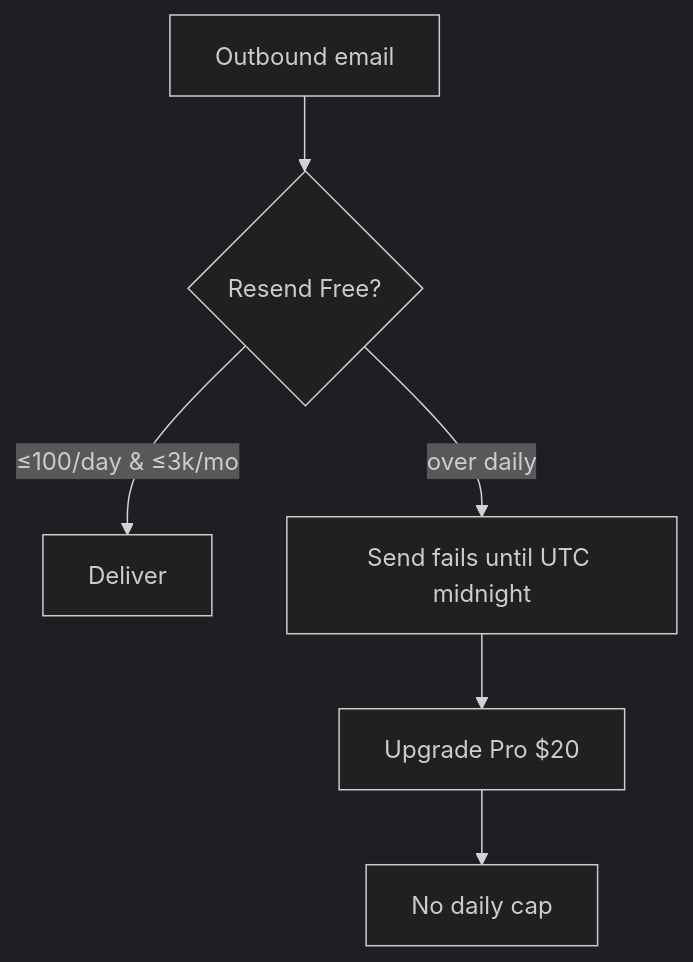
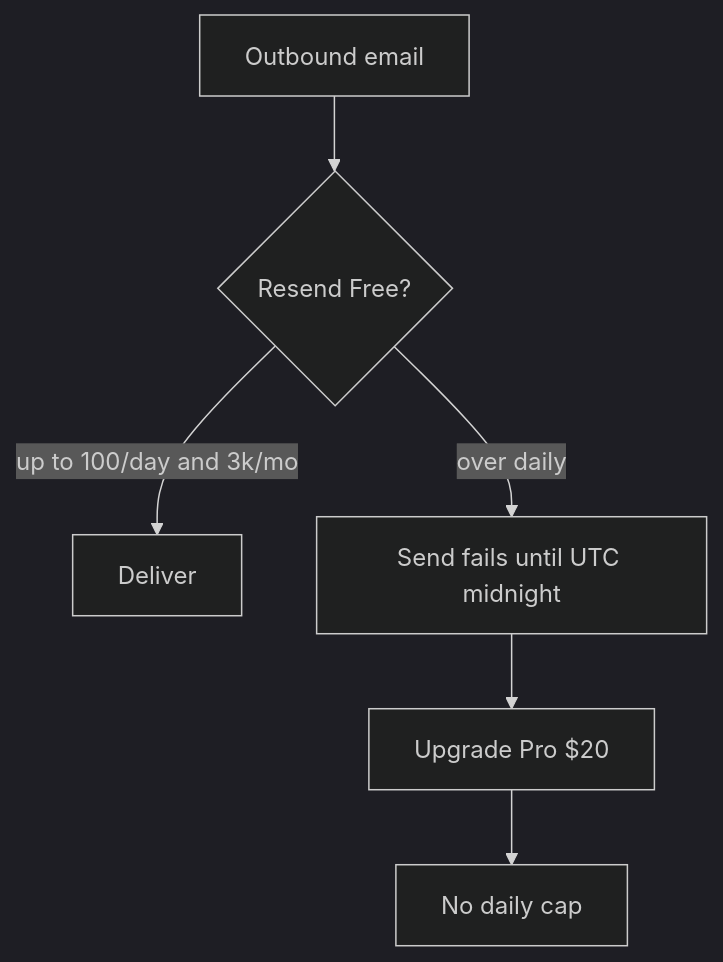
Before and after one commit to mosufyan/sufyan-portfolio: the fifth of 6 diagrams in docs/SECURITY_CONFIGURATION.md, drawn with Mermaid (dark theme). The commit also changed other lines of this file and 78 other files, not shown here.

````diff
--- a/docs/SECURITY_CONFIGURATION.md
+++ b/docs/SECURITY_CONFIGURATION.md
@@ -242,8 +243,8 @@
 ```mermaid
 flowchart TD
-  Send[Outbound email] --> Free{Resend Free?}
-  Free -->|≤100/day & ≤3k/mo| OK[Deliver]
+  Send[Outbound email] --> Free{"Resend Free?"}
+  Free -->|"up to 100/day and 3k/mo"| OK[Deliver]
   Free -->|over daily| Fail[Send fails until UTC midnight]
-  Fail --> Up[Upgrade Pro $20]
+  Fail --> Up["Upgrade Pro $20"]
   Up --> OK2[No daily cap]
 ```
````
